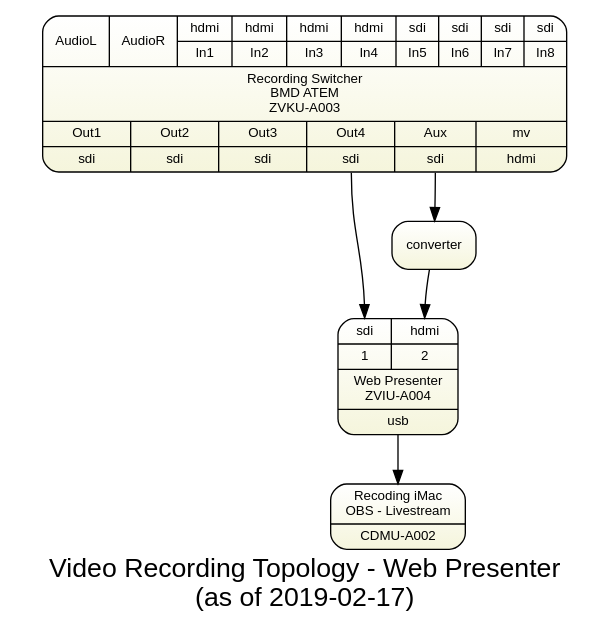
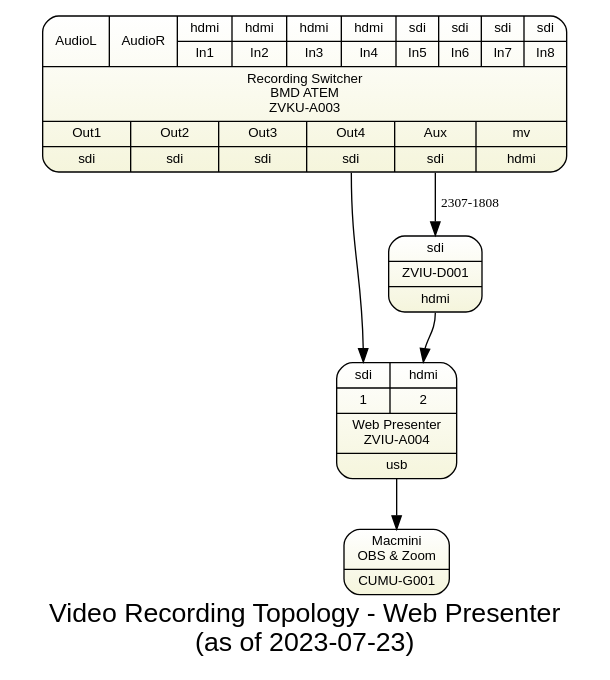
The diagram in sdv-topology6-rec-wp.gv (avmaint/uactechdoc), drawn with Graphviz before and after one commit. The commit also changed 10 other files, not shown here.

```diff
--- a/sdv-topology6-rec-wp.gv
+++ b/sdv-topology6-rec-wp.gv
@@ -1,34 +1,34 @@
 digraph webpresenter { 
   
 graph [overlap = true, fontsize = 20, 
-      label="Video Recording Topology - Web Presenter\n(as of 2019-02-17)",
+      label="Video Recording Topology - Web Presenter\n(as of 2023-07-23)",
       fontname = Helvetica, bgcolor=white
       ]
  
 node [shape = Mrecord style=filled , fillcolor="white:beige"  , fontsize = 10,
       gradientangle=270 fontname = Helvetica ]
       
 rswitch [
   tooltip="BMD ATEM Television Studio Pro HD"
 
   label="{
     {{<al>AudioL}|{<ar>AudioR}|
       {<i1>hdmi|In1}|{<i2>hdmi|In2}|{<i3>hdmi|In3}|{<i4>hdmi|In4}
       |{<i5>sdi|In5}|{<i6>sdi|In6}|{<i7>sdi|In7}|{<i8>sdi|In8}}
       |Recording Switcher\nBMD ATEM\nZVKU-A003|
       {{Out1|<o1>sdi}|{Out2|<o2>sdi}|{Out3|<o3>sdi}|{Out4|<o4>sdi}|{Aux|<aux>sdi}|{mv|<mv>hdmi}}
     }"
 ]
 
 wp [label="{{ {<i1>sdi|1 }|{<i2>hdmi|2} }|{Web Presenter \n ZVIU-A004}|{<usb>usb}}"]
 
-cdmua002 [label="{Recoding iMac\nOBS - Livestream|CDMU-A002}"]
+cumug001 [label="{Macmini\nOBS & Zoom|CUMU-G001}"]
  
-converter 
+converter [label="{<i>sdi|ZVIU-D001|<o>hdmi}"]
 
-rswitch:aux -> converter
-converter -> wp:i2
+rswitch:aux -> converter:i [label="2307-1808" fontsize=10]
+converter:o -> wp:i2 
 rswitch:o4 -> wp:i1
  
-wp -> cdmua002
+wp -> cumug001
 } 
```
